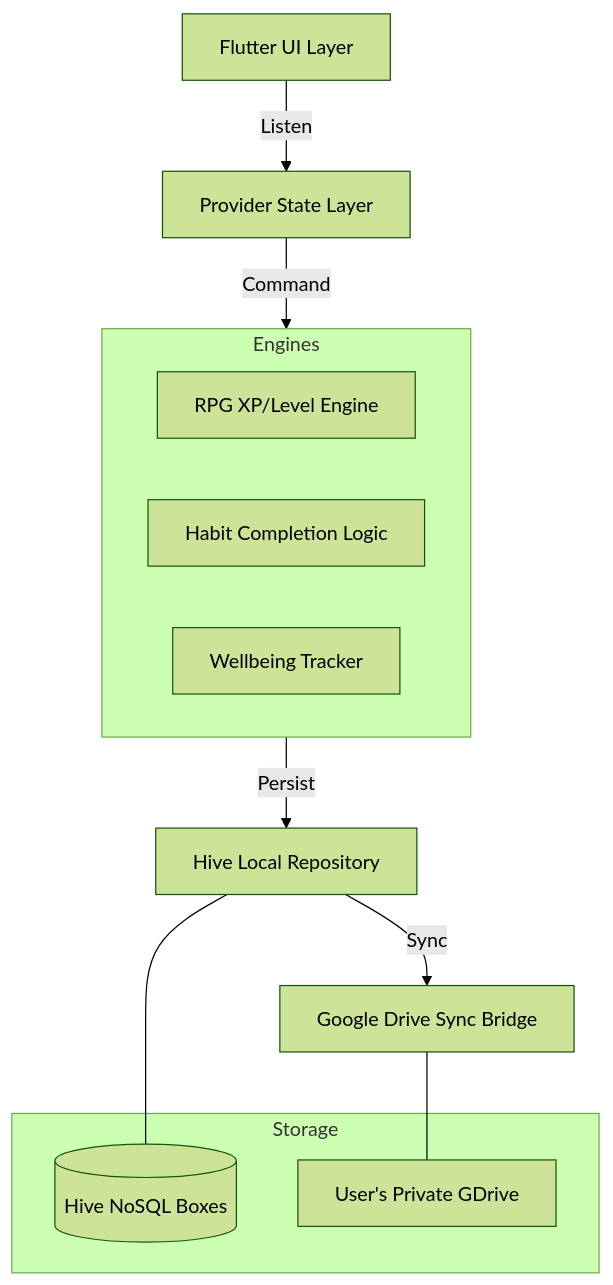
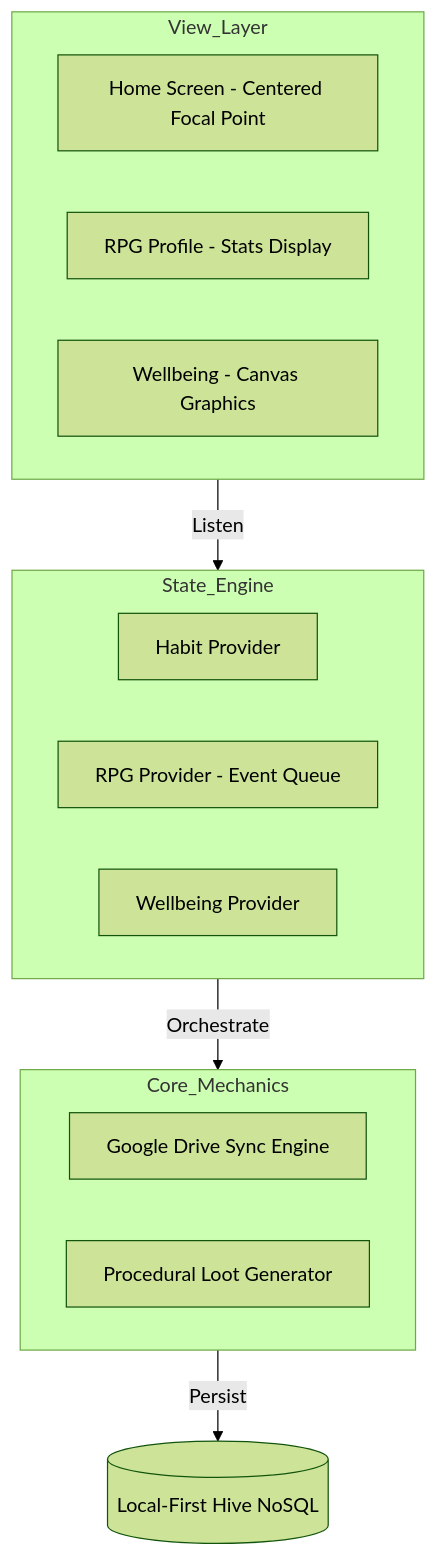
One commit to maisachinsharmahu/Loopin-Showcase changed the diagram in README.md. Above: the diagram before and after it, drawn with Mermaid (forest theme). The commit also changed other lines of this file and 1 other file, not shown here.

Commit message:
upgrade: redesign showcase with executive-grade documentation and system architecture

````diff
--- a/README.md
+++ b/README.md
@@ -25,22 +27,23 @@
 ```mermaid
 graph TD
-    UI[Flutter UI Layer] -->|Listen| Providers[Provider State Layer]
-    Providers -->|Command| Engines[Logic Engines]
-    
-    subgraph Engines
-        RPGEngine[RPG XP/Level Engine]
-        HabitEngine[Habit Completion Logic]
-        WellBeing[Wellbeing Tracker]
+    subgraph View_Layer
+        HS[Home Screen - Centered Focal Point]
+        RPG[RPG Profile - Stats Display]
+        WB[Wellbeing - Canvas Graphics]
     end
-    
-    Engines -->|Persist| Repository[Hive Local Repository]
-    Repository -->|Sync| CloudBridge[Google Drive Sync Bridge]
-    
-    subgraph Storage
-        Hive[(Hive NoSQL Boxes)]
-        GDrive[User's Private GDrive]
+
+    subgraph State_Engine
+        HP[Habit Provider]
+        RP[RPG Provider - Event Queue]
+        WBP[Wellbeing Provider]
     end
-    
-    Repository --- Hive
-    CloudBridge --- GDrive
+
+    subgraph Core_Mechanics
+        Sync[Google Drive Sync Engine]
+        Loot[Procedural Loot Generator]
+    end
+
+    View_Layer -->|Listen| State_Engine
+    State_Engine -->|Orchestrate| Core_Mechanics
+    Core_Mechanics -->|Persist| Hive[(Local-First Hive NoSQL)]
 ```
````
